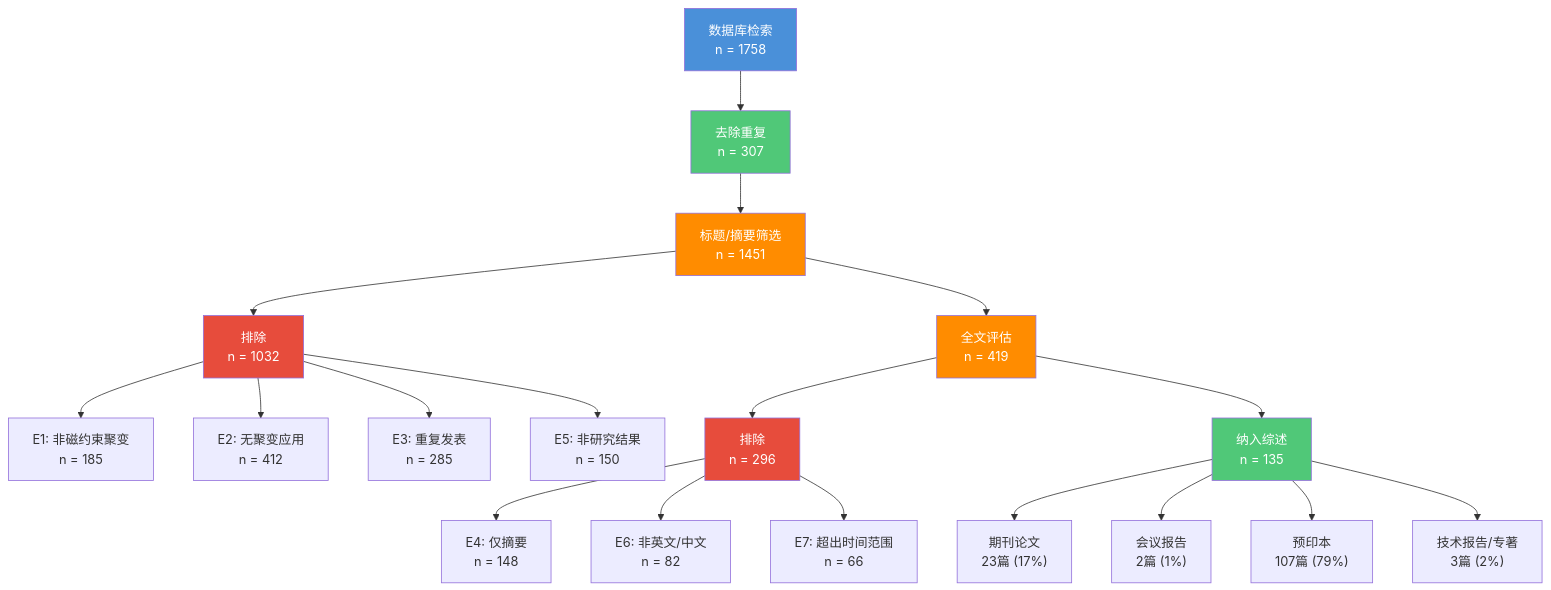
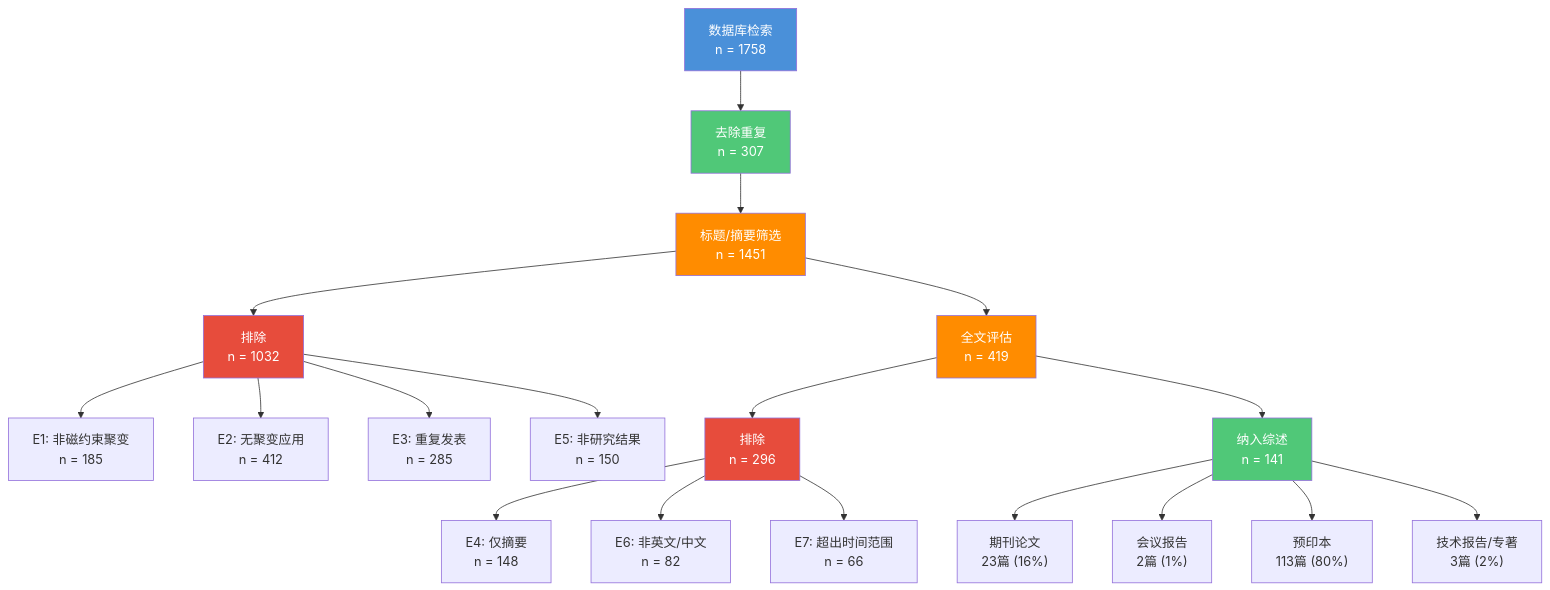
Before and after one commit to wangxumarshall/claude-books: the sixth of 6 diagrams in 06-AI4F/review/AI-for-Fusion-V2.md, drawn with Mermaid. The commit also changed other lines of this file, not shown here.

````diff
--- a/06-AI4F/review/AI-for-Fusion-V2.md
+++ b/06-AI4F/review/AI-for-Fusion-V2.md
@@ -1156,27 +1176,27 @@
 ```mermaid
 graph TD
     A["数据库检索<br/>n = 1758"] --> B["去除重复<br/>n = 307"]
     B --> C["标题/摘要筛选<br/>n = 1451"]
     C --> D["排除<br/>n = 1032"]
     D --> D1["E1: 非磁约束聚变<br/>n = 185"]
     D --> D2["E2: 无聚变应用<br/>n = 412"]
     D --> D3["E3: 重复发表<br/>n = 285"]
     D --> D4["E5: 非研究结果<br/>n = 150"]
     C --> E["全文评估<br/>n = 419"]
     E --> F["排除<br/>n = 296"]
     F --> F1["E4: 仅摘要<br/>n = 148"]
     F --> F2["E6: 非英文/中文<br/>n = 82"]
     F --> F3["E7: 超出时间范围<br/>n = 66"]
-    E --> G["纳入综述<br/>n = 135"]
-    G --> G1["期刊论文<br/>23篇 (17%)"]
+    E --> G["纳入综述<br/>n = 141"]
+    G --> G1["期刊论文<br/>23篇 (16%)"]
     G --> G2["会议报告<br/>2篇 (1%)"]
-    G --> G3["预印本<br/>107篇 (79%)"]
+    G --> G3["预印本<br/>113篇 (80%)"]
     G --> G4["技术报告/专著<br/>3篇 (2%)"]
     style A fill:#4A90D9,color:#fff
     style B fill:#50C878,color:#fff
     style C fill:#FF8C00,color:#fff
     style D fill:#E74C3C,color:#fff
     style E fill:#FF8C00,color:#fff
     style F fill:#E74C3C,color:#fff
     style G fill:#50C878,color:#fff
 ```
````
